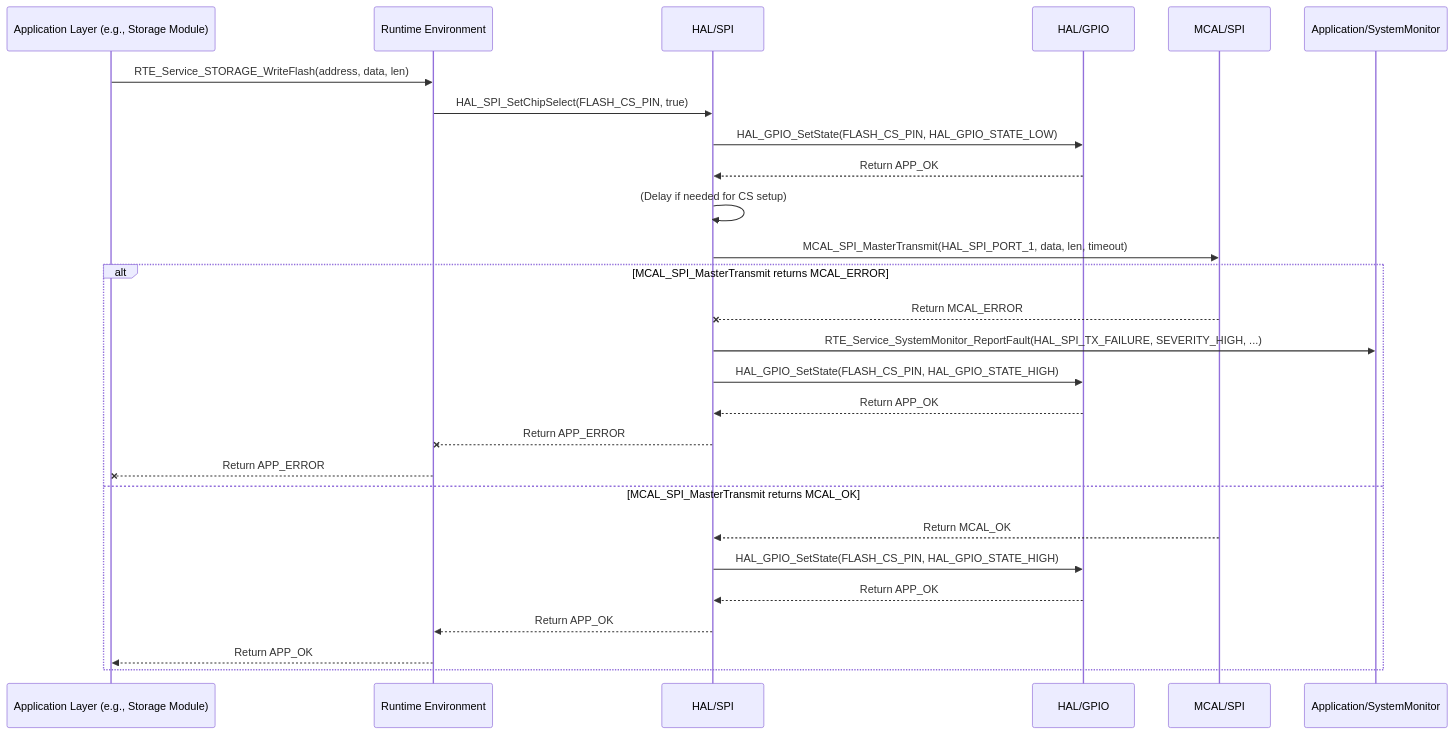
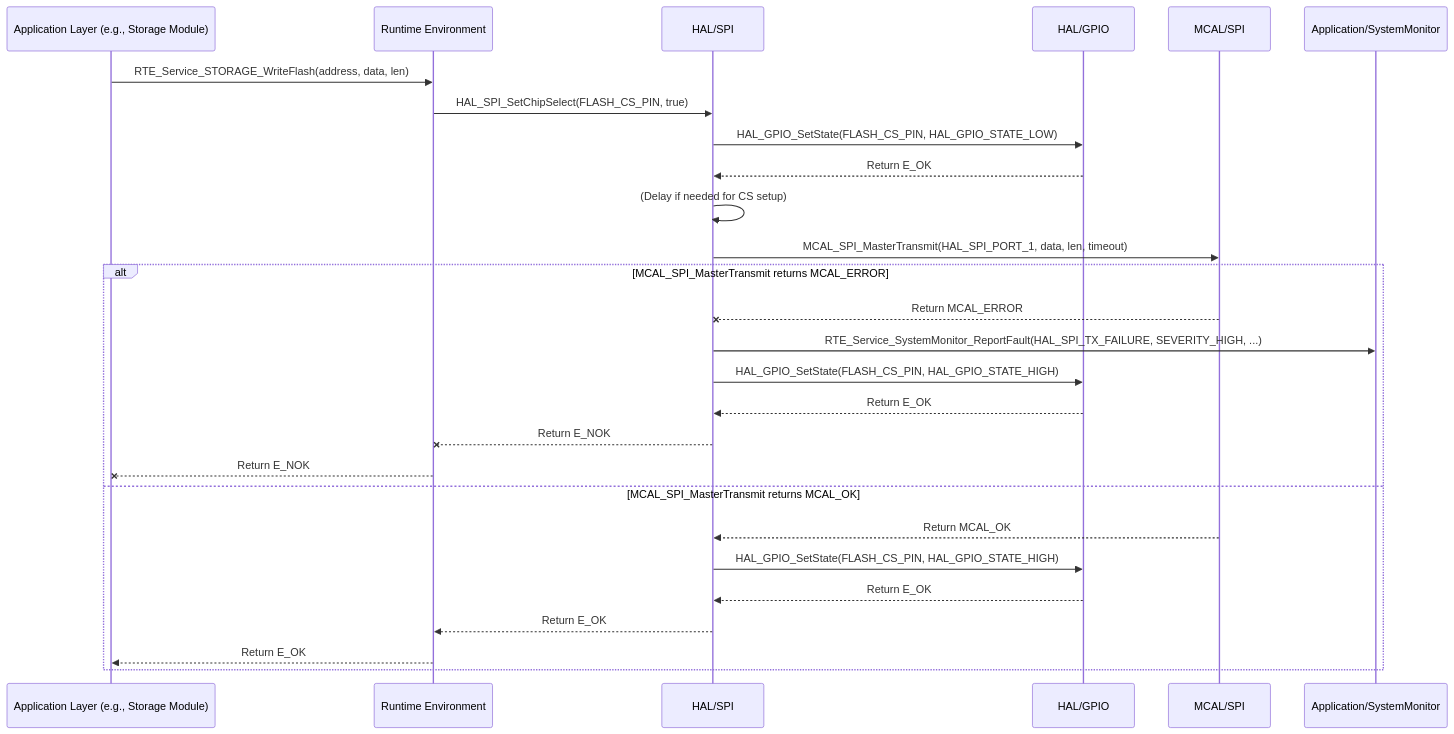
The diagram in Requiremets/Design/HAL/HAL_SPI.md (ashaker-2/Platform), drawn with Mermaid before and after one commit. The commit also changed other lines of this file and 716 other files, not shown here.

````diff
--- a/Requiremets/Design/HAL/HAL_SPI.md
+++ b/Requiremets/Design/HAL/HAL_SPI.md
@@ -178,30 +178,30 @@
 ```mermaid
 sequenceDiagram  
     participant App as Application Layer (e.g., Storage Module)  
     participant RTE as Runtime Environment  
     participant HAL_SPI as HAL/SPI  
     participant HAL_GPIO as HAL/GPIO  
     participant MCAL_SPI as MCAL/SPI  
     participant SystemMonitor as Application/SystemMonitor
 
     App->>RTE: RTE_Service_STORAGE_WriteFlash(address, data, len)  
     RTE->>HAL_SPI: HAL_SPI_SetChipSelect(FLASH_CS_PIN, true)  
     HAL_SPI->>HAL_GPIO: HAL_GPIO_SetState(FLASH_CS_PIN, HAL_GPIO_STATE_LOW)  
-    HAL_GPIO-->>HAL_SPI: Return APP_OK  
+    HAL_GPIO-->>HAL_SPI: Return E_OK  
     HAL_SPI->>HAL_SPI: (Delay if needed for CS setup)  
     HAL_SPI->>MCAL_SPI: MCAL_SPI_MasterTransmit(HAL_SPI_PORT_1, data, len, timeout)  
     alt MCAL_SPI_MasterTransmit returns MCAL_ERROR  
         MCAL_SPI--xHAL_SPI: Return MCAL_ERROR  
         HAL_SPI->>SystemMonitor: RTE_Service_SystemMonitor_ReportFault(HAL_SPI_TX_FAILURE, SEVERITY_HIGH, ...)  
         HAL_SPI->>HAL_GPIO: HAL_GPIO_SetState(FLASH_CS_PIN, HAL_GPIO_STATE_HIGH)  
-        HAL_GPIO-->>HAL_SPI: Return APP_OK  
-        HAL_SPI--xRTE: Return APP_ERROR  
-        RTE--xApp: Return APP_ERROR  
+        HAL_GPIO-->>HAL_SPI: Return E_OK  
+        HAL_SPI--xRTE: Return E_NOK  
+        RTE--xApp: Return E_NOK  
     else MCAL_SPI_MasterTransmit returns MCAL_OK  
         MCAL_SPI-->>HAL_SPI: Return MCAL_OK  
         HAL_SPI->>HAL_GPIO: HAL_GPIO_SetState(FLASH_CS_PIN, HAL_GPIO_STATE_HIGH)  
-        HAL_GPIO-->>HAL_SPI: Return APP_OK  
-        HAL_SPI-->>RTE: Return APP_OK  
-        RTE-->>App: Return APP_OK  
+        HAL_GPIO-->>HAL_SPI: Return E_OK  
+        HAL_SPI-->>RTE: Return E_OK  
+        RTE-->>App: Return E_OK  
     end
 ```
````
